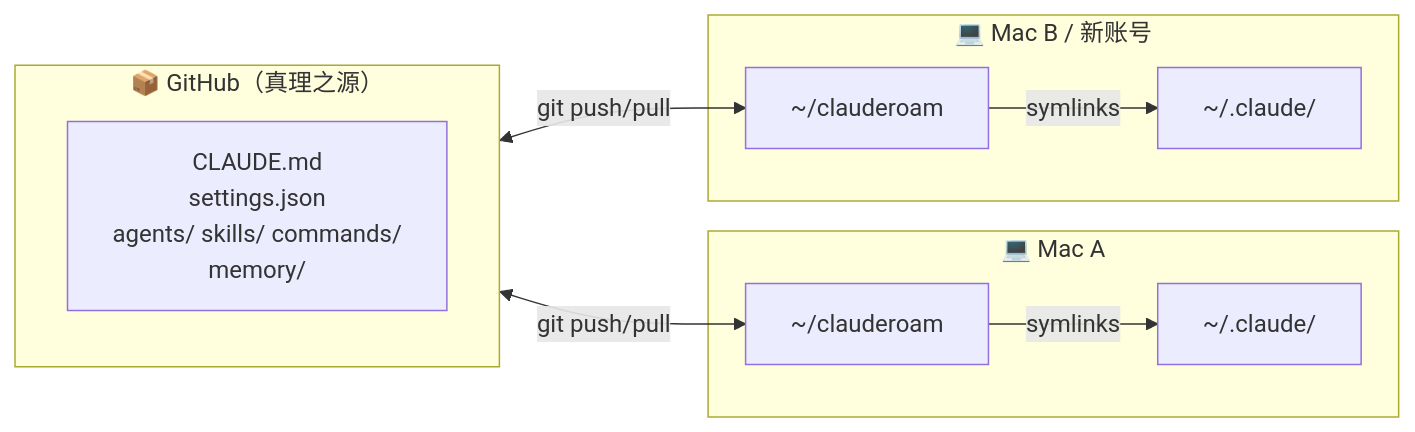
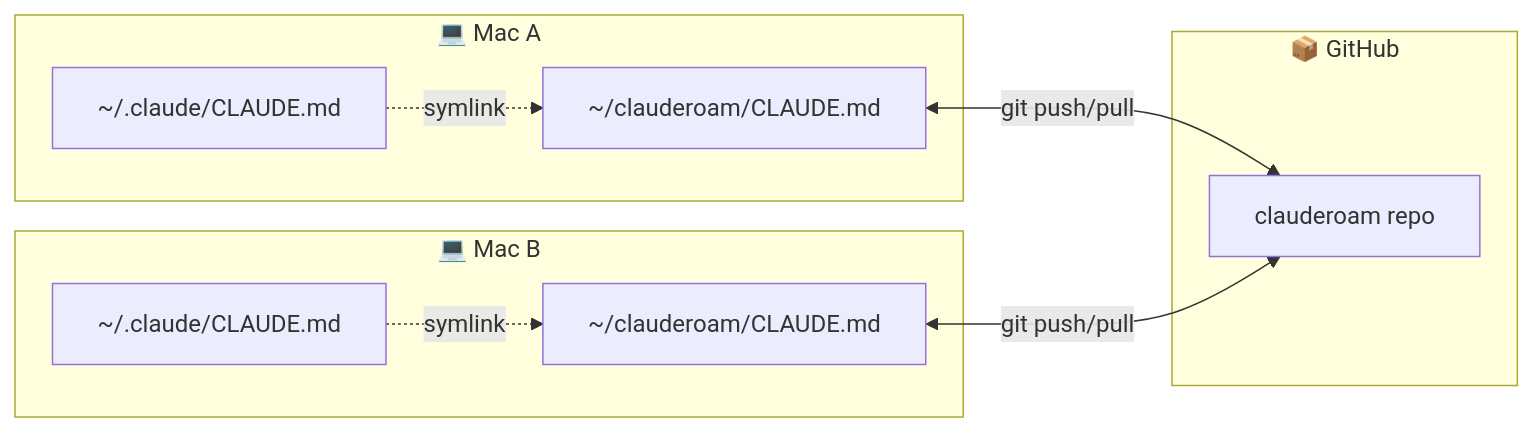
The third of 3 diagrams in README.zh-CN.md (YunyueLi/clauderoam), drawn with Mermaid before and after one commit. The commit also changed other lines of this file and 2 other files, not shown here.

````diff
--- a/README.zh-CN.md
+++ b/README.zh-CN.md
@@ -35,14 +93,14 @@
 ```mermaid
 flowchart LR
-    subgraph GH["📦 GitHub（真理之源）"]
-      A["CLAUDE.md<br/>settings.json<br/>agents/ skills/ commands/<br/>memory/"]
+    subgraph M1["💻 Mac A"]
+      CC1["~/.claude/CLAUDE.md"] -.symlink.-> R1["~/clauderoam/CLAUDE.md"]
     end
-    subgraph M1["💻 Mac A"]
-      B["~/clauderoam"] -->|symlinks| C["~/.claude/"]
+    subgraph M2["💻 Mac B"]
+      CC2["~/.claude/CLAUDE.md"] -.symlink.-> R2["~/clauderoam/CLAUDE.md"]
     end
-    subgraph M2["💻 Mac B / 新账号"]
-      D["~/clauderoam"] -->|symlinks| E["~/.claude/"]
+    subgraph GH["📦 GitHub"]
+      G["clauderoam repo"]
     end
-    GH <-->|git push/pull| B
-    GH <-->|git push/pull| D
+    R1 <-->|git push/pull| G
+    R2 <-->|git push/pull| G
 ```
````
